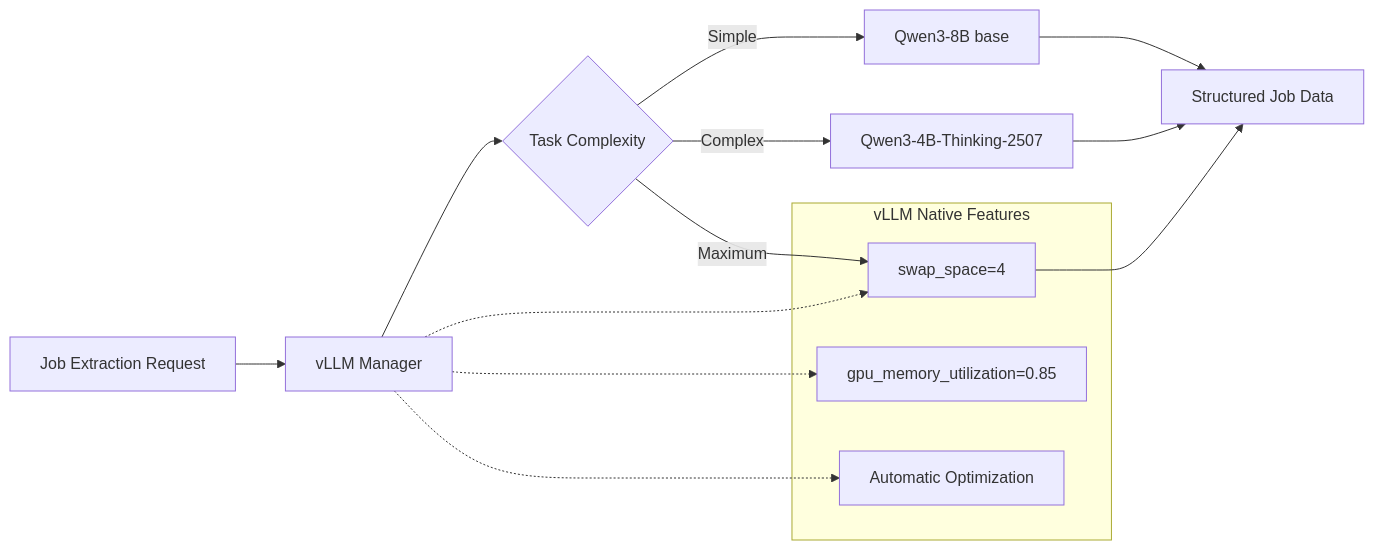
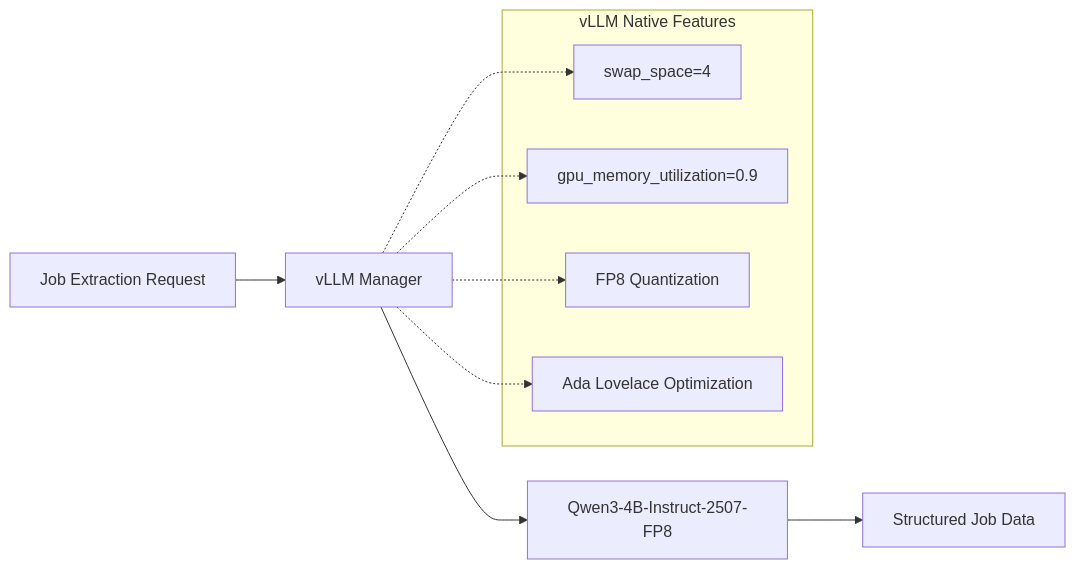
One commit to BjornMelin/ai-job-scraper changed the diagram in docs/adrs/ADR-004-local-ai-integration.md. Above: the diagram before and after it, drawn with Mermaid. The commit also changed other lines of this file and 11 other files, not shown here.

````diff
--- a/docs/adrs/ADR-004-local-ai-integration.md
+++ b/docs/adrs/ADR-004-local-ai-integration.md
@@ -161,22 +168,18 @@
 ```mermaid
 graph LR
     A[Job Extraction Request] --> B[vLLM Manager]
-    B --> C{Task Complexity}
-    C -->|Simple| D[Qwen3-8B base]
-    C -->|Complex| E[Qwen3-4B-Thinking-2507]
-    C -->|Maximum| F[Qwen3-14B base]
+    B --> C[Qwen3-4B-Instruct-2507-FP8]
+    C --> D[Structured Job Data]
     
     subgraph "vLLM Native Features"
-        F[swap_space=4]
-        G[gpu_memory_utilization=0.85]
-        H[Automatic Optimization]
+        E[swap_space=4]
+        F[gpu_memory_utilization=0.9]
+        G[FP8 Quantization]
+        H[Ada Lovelace Optimization]
     end
     
+    B -.-> E
     B -.-> F
     B -.-> G
     B -.-> H
-    
-    D --> I[Structured Job Data]
-    E --> I
-    F --> I
 ```
````
